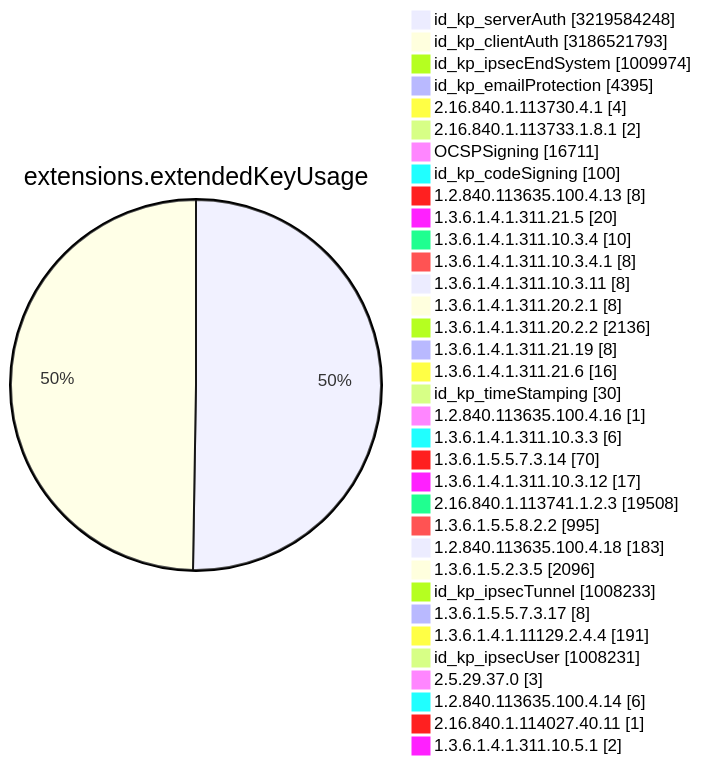
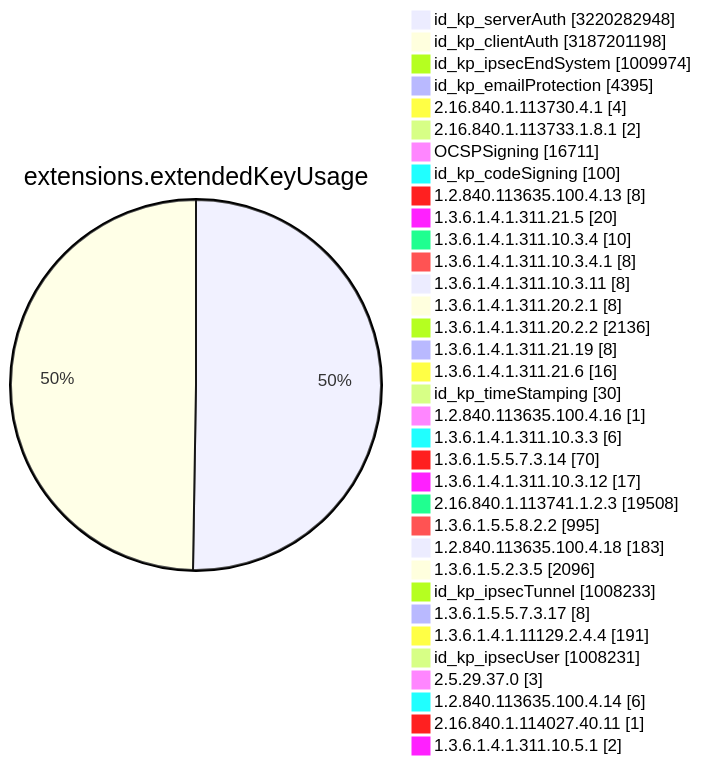
Before and after one commit to christiankrug/ctmonitor_visualization: diagram 11 of 15 in TOTAL/README.md, drawn with Mermaid. The commit also changed other lines of this file, not shown here.

````diff
--- a/TOTAL/README.md
+++ b/TOTAL/README.md
@@ -4119,38 +4119,38 @@
 ```mermaid
 pie showData
 title extensions.extendedKeyUsage
-"id_kp_serverAuth" :3219584248
-"id_kp_clientAuth" :3186521793
+"id_kp_serverAuth" :3220282948
+"id_kp_clientAuth" :3187201198
 "id_kp_ipsecEndSystem" :1009974
 "id_kp_emailProtection" :4395
 "2.16.840.1.113730.4.1" :4
 "2.16.840.1.113733.1.8.1" :2
 "OCSPSigning" :16711
 "id_kp_codeSigning" :100
 "1.2.840.113635.100.4.13" :8
 "1.3.6.1.4.1.311.21.5" :20
 "1.3.6.1.4.1.311.10.3.4" :10
 "1.3.6.1.4.1.311.10.3.4.1" :8
 "1.3.6.1.4.1.311.10.3.11" :8
 "1.3.6.1.4.1.311.20.2.1" :8
 "1.3.6.1.4.1.311.20.2.2" :2136
 "1.3.6.1.4.1.311.21.19" :8
 "1.3.6.1.4.1.311.21.6" :16
 "id_kp_timeStamping" :30
 "1.2.840.113635.100.4.16" :1
 "1.3.6.1.4.1.311.10.3.3" :6
 "1.3.6.1.5.5.7.3.14" :70
 "1.3.6.1.4.1.311.10.3.12" :17
 "2.16.840.1.113741.1.2.3" :19508
 "1.3.6.1.5.5.8.2.2" :995
 "1.2.840.113635.100.4.18" :183
 "1.3.6.1.5.2.3.5" :2096
 "id_kp_ipsecTunnel" :1008233
 "1.3.6.1.5.5.7.3.17" :8
 "1.3.6.1.4.1.11129.2.4.4" :191
 "id_kp_ipsecUser" :1008231
 "2.5.29.37.0" :3
 "1.2.840.113635.100.4.14" :6
 "2.16.840.1.114027.40.11" :1
 "1.3.6.1.4.1.311.10.5.1" :2
 ```
````
